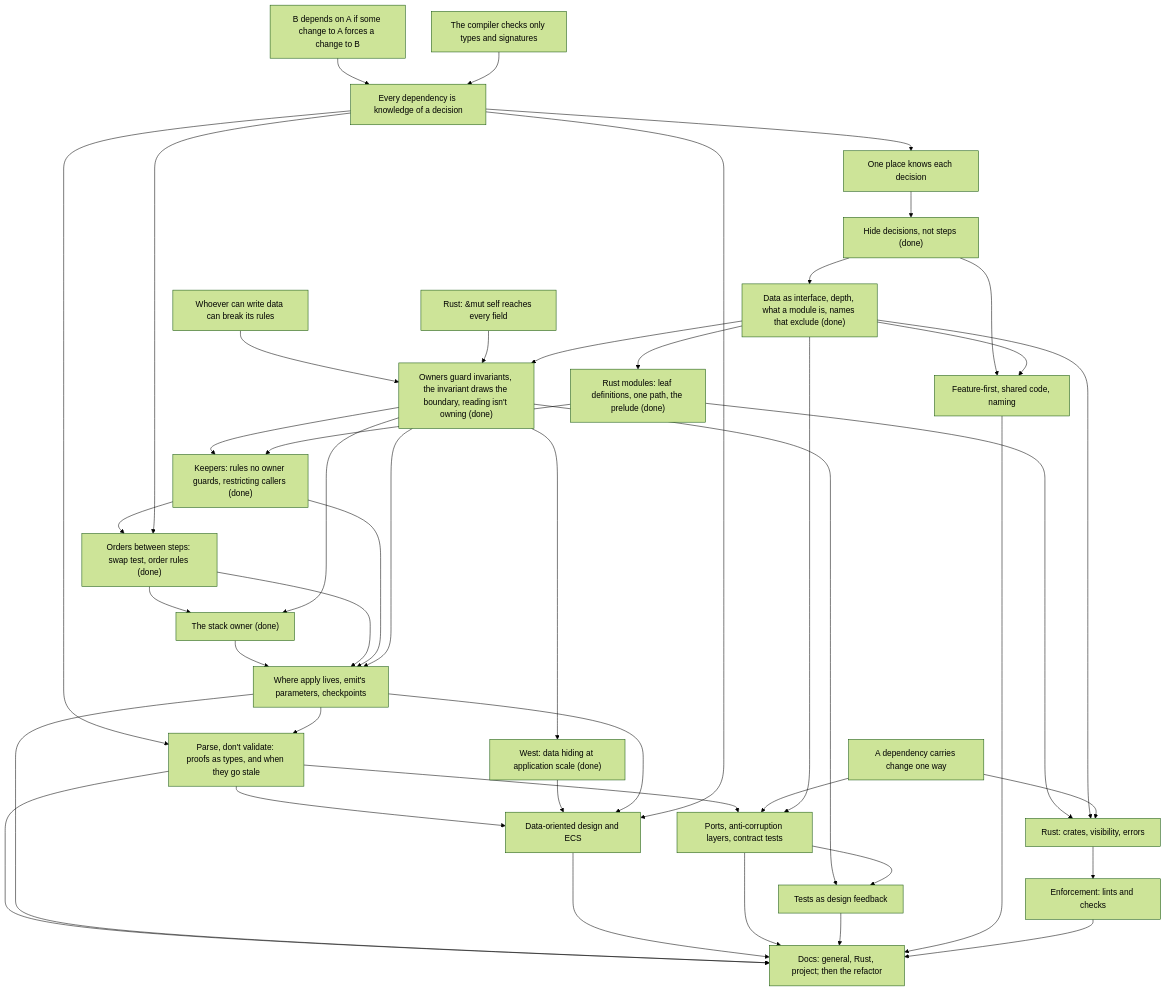
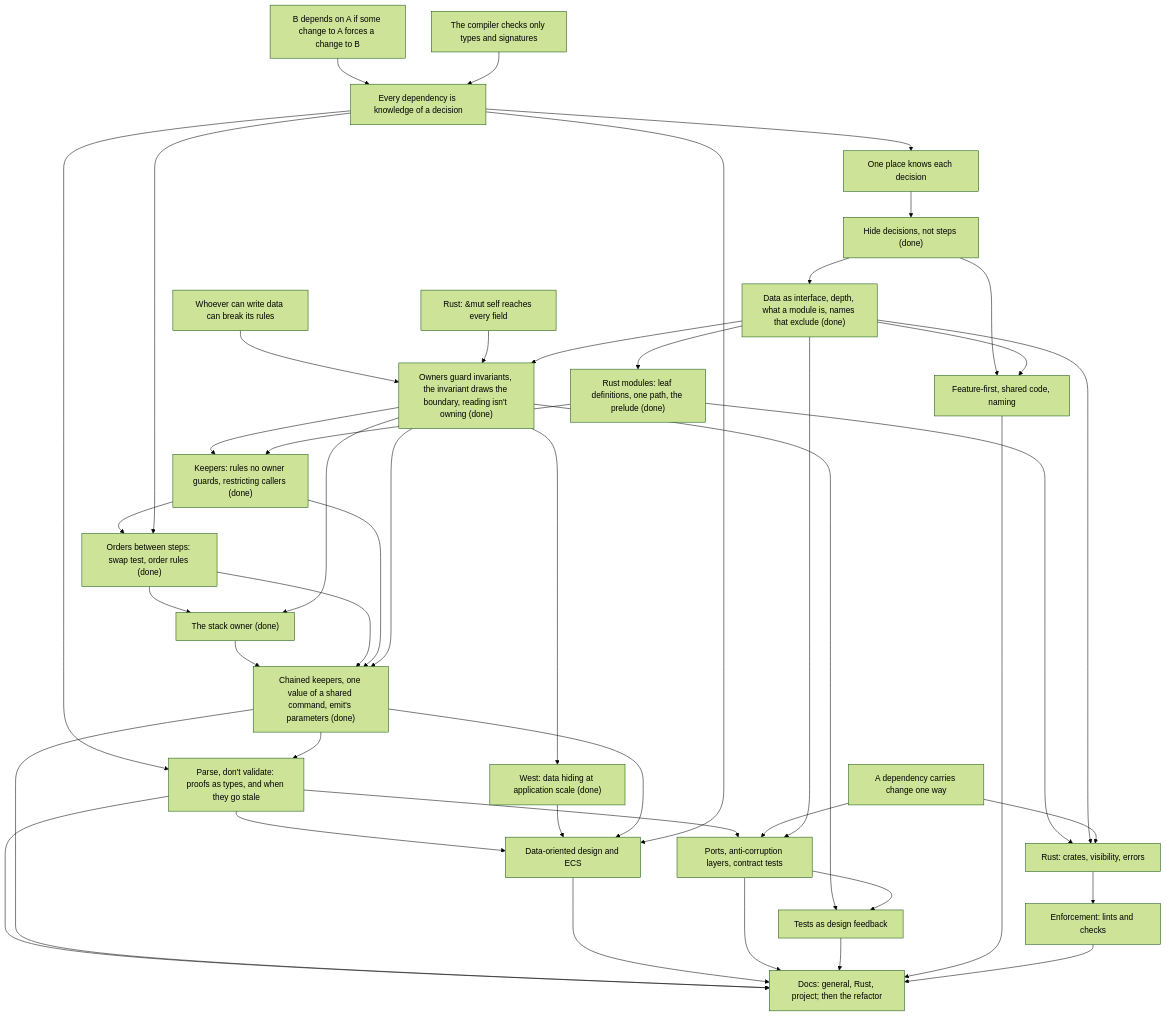
The diagram in docs/course/architecture/COURSE.md (EMachad0/CardGameEngine), drawn with Mermaid (forest theme) before and after one commit. The commit also changed other lines of this file and 2 other files, not shown here.

Commit message:
Close architecture session 02d: audit gaps settled, chained keepers, one value of a shared command, emit's parameters; session log; prepare 02e log

````diff
--- a/docs/course/architecture/COURSE.md
+++ b/docs/course/architecture/COURSE.md
@@ -500,73 +540,73 @@
 ```mermaid
 graph TD
   U1["B depends on A if some change to A forces a change to B"]
   U2["The compiler checks only types and signatures"]
   R1["Every dependency is knowledge of a decision"]
   OP["One place knows each decision"]
   R2["Whoever can write data can break its rules"]
   R3["A dependency carries change one way"]
   R4["Rust: &mut self reaches every field"]
 
   H["Hide decisions, not steps (done)"]
   D["Data as interface, depth, what a module is, names that exclude (done)"]
   O["Owners guard invariants, the invariant draws the boundary, reading isn't owning (done)"]
   W["West: data hiding at application scale (done)"]
   K["Keepers: rules no owner guards, restricting callers (done)"]
   ORD["Orders between steps: swap test, order rules (done)"]
   STK["The stack owner (done)"]
-  C["Where apply lives, emit's parameters, checkpoints"]
+  C["Chained keepers, one value of a shared command, emit's parameters (done)"]
   PDV["Parse, don't validate: proofs as types, and when they go stale"]
   DOD["Data-oriented design and ECS"]
   P["Ports, anti-corruption layers, contract tests"]
   T["Tests as design feedback"]
   F["Feature-first, shared code, naming"]
   RM["Rust modules: leaf definitions, one path, the prelude (done)"]
   RS["Rust: crates, visibility, errors"]
   E["Enforcement: lints and checks"]
   DOCS["Docs: general, Rust, project; then the refactor"]
 
   U1-->R1
   U2-->R1
   R1-->OP
   OP-->H
   H-->D
   R2-->O
   R4-->O
   D-->O
   O-->W
   O-->K
   RM-->K
   K-->ORD
   R1-->ORD
   ORD-->STK
   O-->STK
   STK-->C
   ORD-->C
   K-->C
   O-->C
   R1-->PDV
   C-->PDV
   PDV-->DOD
   PDV-->P
   PDV-->DOCS
   W-->DOD
   C-->DOD
   R1-->DOD
   R3-->P
   D-->P
   O-->T
   P-->T
   H-->F
   D-->F
   D-->RM
   RM-->RS
   D-->RS
   R3-->RS
   RS-->E
   C-->DOCS
   DOD-->DOCS
   P-->DOCS
   T-->DOCS
   F-->DOCS
   E-->DOCS
 ```
````
